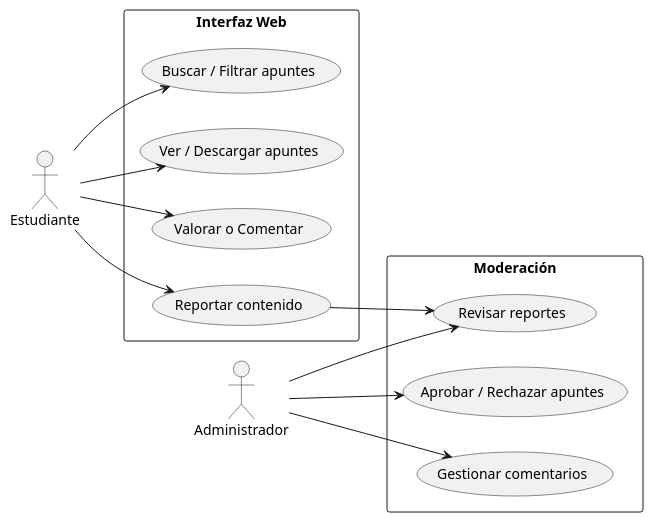
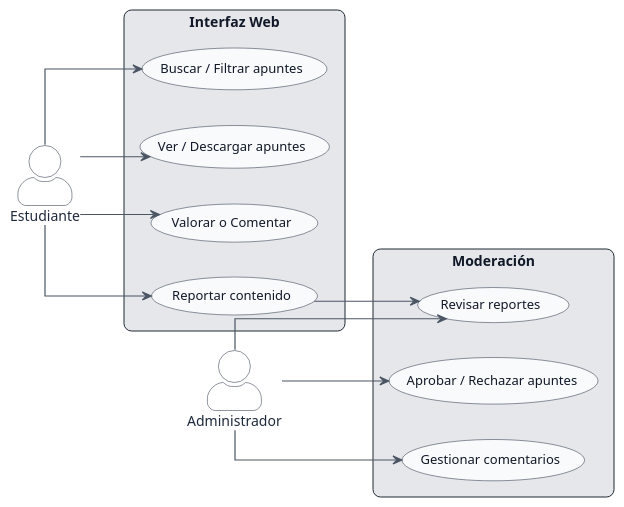
The diagram in DIAGRAMAS/AVANCE.puml (tomaspobb/ING_SOFTWARE), drawn with PlantUML before and after one commit. The commit also changed 1 other file, not shown here.

```diff
--- a/DIAGRAMAS/AVANCE.puml
+++ b/DIAGRAMAS/AVANCE.puml
@@ -1,22 +1,47 @@
 @startuml
+' ===== Estilo limpio con colores suaves =====
+skinparam backgroundColor #FFFFFF
+skinparam shadowing false
+skinparam roundcorner 15
+skinparam linetype ortho
+
+skinparam actorStyle awesome
+skinparam actorBorderColor #1E293B
+skinparam actorFontColor  #1E293B
+skinparam actorFontSize   14
+skinparam actorBackgroundColor #FFFFFF
+
+skinparam usecaseBackgroundColor #F8FAFC
+skinparam usecaseBorderColor     #1E293B
+skinparam usecaseFontColor       #111827
+skinparam usecaseFontSize        13
+
+skinparam rectangleBackgroundColor #E5E7EB
+skinparam rectangleBorderColor     #1F2933
+skinparam rectangleFontColor       #111827
+skinparam rectangleFontSize        14
+
+skinparam ArrowColor     #4B5563
+skinparam ArrowThickness 1.2
+
 left to right direction
 
 actor Estudiante
 actor Administrador
 
 rectangle "Interfaz Web" {
   Estudiante --> (Buscar / Filtrar apuntes)
   Estudiante --> (Ver / Descargar apuntes)
   Estudiante --> (Valorar o Comentar)
   Estudiante --> (Reportar contenido)
 }
 
 rectangle "Moderación" {
   Administrador --> (Revisar reportes)
   Administrador --> (Aprobar / Rechazar apuntes)
   Administrador --> (Gestionar comentarios)
 }
 
 (Reportar contenido) --> (Revisar reportes)
 
 @enduml
```
